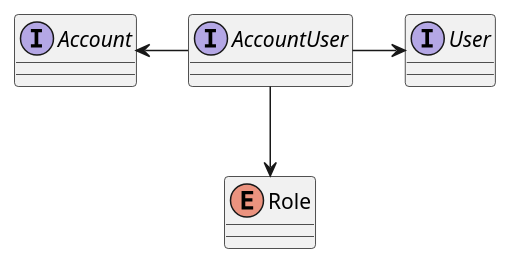
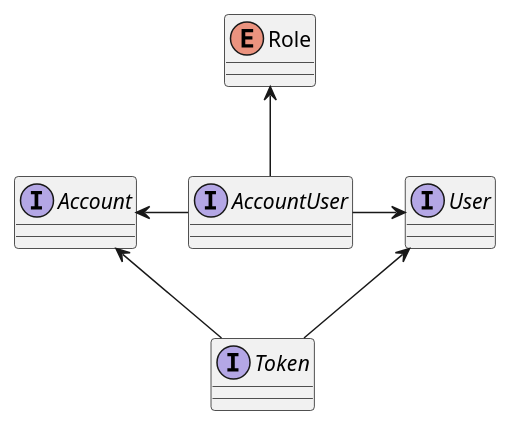
Before and after one commit to gadieichhorn/observato: the diagram in .docs/account.puml, drawn with PlantUML. The commit also changed 7 other files, not shown here.

```diff
--- a/.docs/account.puml
+++ b/.docs/account.puml
@@ -2,13 +2,16 @@
 @startuml
 'https://plantuml.com/sequence-diagram
 
 interface User
 interface Account
 interface AccountUser
+interface Token
 enum Role
 
 AccountUser -> User
 AccountUser -left-> Account
-AccountUser --> Role
+AccountUser -up-> Role
+Token -up-> User
+Token -up-> Account
 
 @enduml
```
